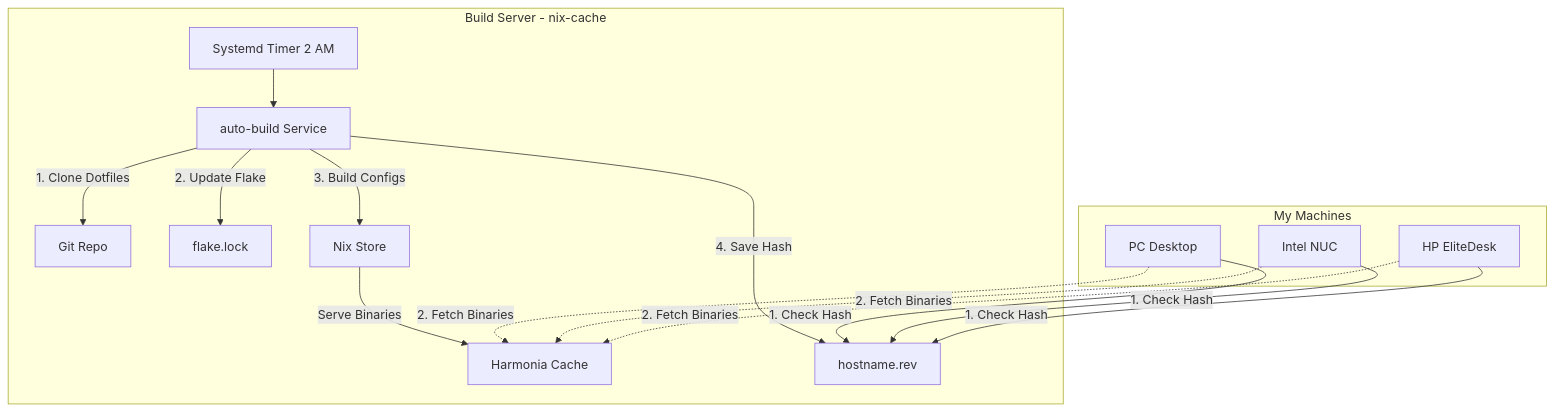
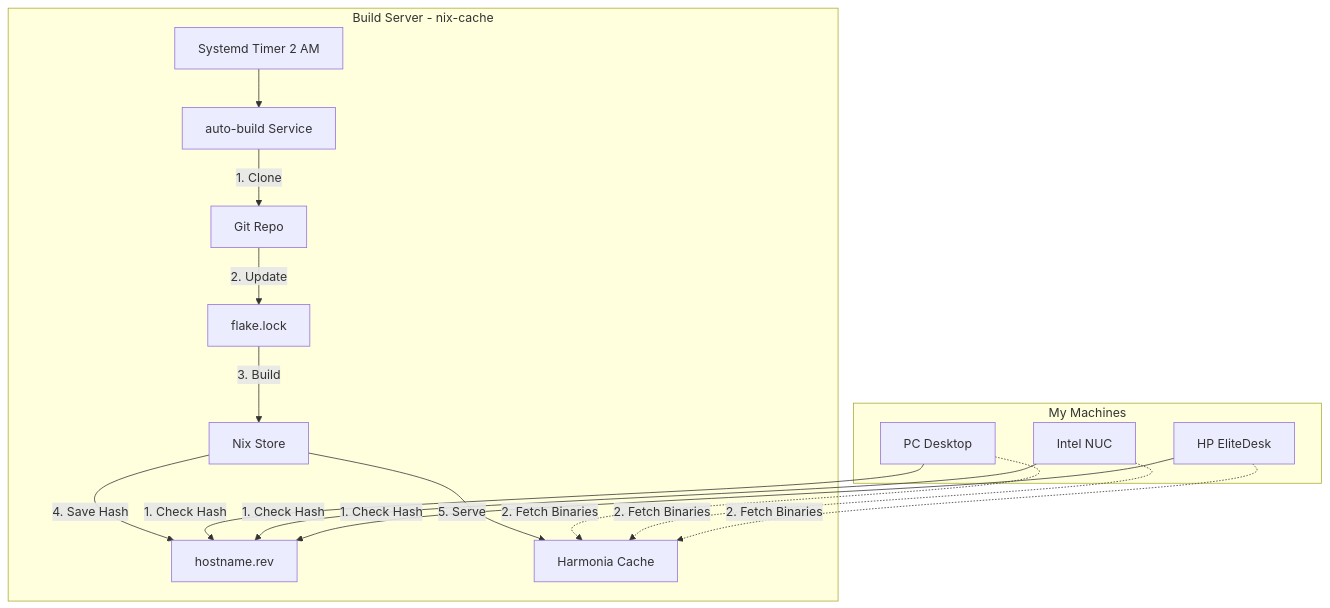
The diagram in content/post/nixos-cache/index.md (basnijholt/nijho.lt), drawn with Mermaid before and after one commit.

Commit message:
docs: restructure diagram to be vertical

````diff
--- a/content/post/nixos-cache/index.md
+++ b/content/post/nixos-cache/index.md
@@ -49,25 +49,25 @@
 ```mermaid
 graph TD
     subgraph Server [Build Server - nix-cache]
         Timer[Systemd Timer 2 AM] --> AutoBuild[auto-build Service]
-        AutoBuild -->|1. Clone Dotfiles| Git[Git Repo]
-        AutoBuild -->|2. Update Flake| FlakeLock[flake.lock]
-        AutoBuild -->|3. Build Configs| Store[Nix Store]
-        Store -->|Serve Binaries| Harmonia[Harmonia Cache]
-        AutoBuild -->|4. Save Hash| RevFile[hostname.rev]
+        AutoBuild -->|1. Clone| Git[Git Repo]
+        Git -->|2. Update| FlakeLock[flake.lock]
+        FlakeLock -->|3. Build| Store[Nix Store]
+        Store -->|4. Save Hash| RevFile[hostname.rev]
+        Store -->|5. Serve| Harmonia[Harmonia Cache]
     end
 
     subgraph Fleet [My Machines]
         PC[PC Desktop]
         NUC[Intel NUC]
         HP[HP EliteDesk]
     end
 
     PC -->|1. Check Hash| RevFile
     NUC -->|1. Check Hash| RevFile
     HP -->|1. Check Hash| RevFile
 
     PC -.->|2. Fetch Binaries| Harmonia
     NUC -.->|2. Fetch Binaries| Harmonia
     HP -.->|2. Fetch Binaries| Harmonia
 ```
````
